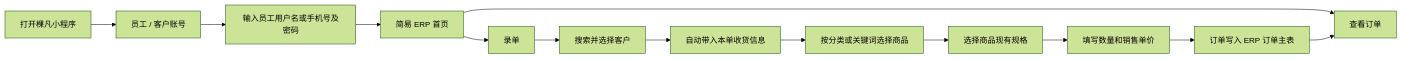
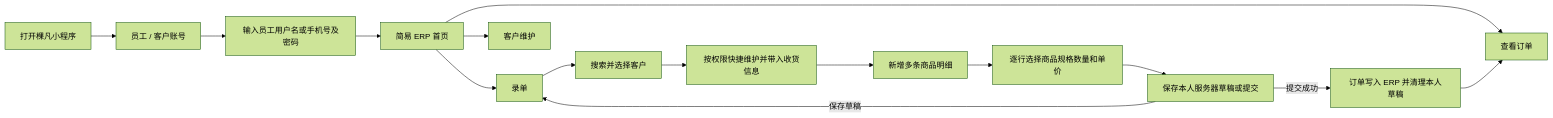
The diagram in orderapp-remote/docs/OP_MANUAL_MINIAPP_EMPLOYEE_ERP.md (Backstage2539/KFerp), drawn with Mermaid (forest theme) before and after one commit. The commit also changed other lines of this file and 43 other files, not shown here.

````diff
--- a/orderapp-remote/docs/OP_MANUAL_MINIAPP_EMPLOYEE_ERP.md
+++ b/orderapp-remote/docs/OP_MANUAL_MINIAPP_EMPLOYEE_ERP.md
@@ -11,15 +11,17 @@
 ```mermaid
 flowchart LR
   A["打开棵凡小程序"] --> B["员工 / 客户账号"]
   B --> C["输入员工用户名或手机号及密码"]
   C --> D["简易 ERP 首页"]
   D --> E["录单"]
   D --> F["查看订单"]
+  D --> M["客户维护"]
   E --> G["搜索并选择客户"]
-  G --> H["自动带入本单收货信息"]
-  H --> I["按分类或关键词选择商品"]
-  I --> J["选择商品现有规格"]
-  J --> K["填写数量和销售单价"]
-  K --> L["订单写入 ERP 订单主表"]
+  G --> H["按权限快捷维护并带入收货信息"]
+  H --> I["新增多条商品明细"]
+  I --> J["逐行选择商品规格数量和单价"]
+  J --> K["保存本人服务器草稿或提交"]
+  K -->|"保存草稿"| E
+  K -->|"提交成功"| L["订单写入 ERP 并清理本人草稿"]
   L --> F
 ```
````
